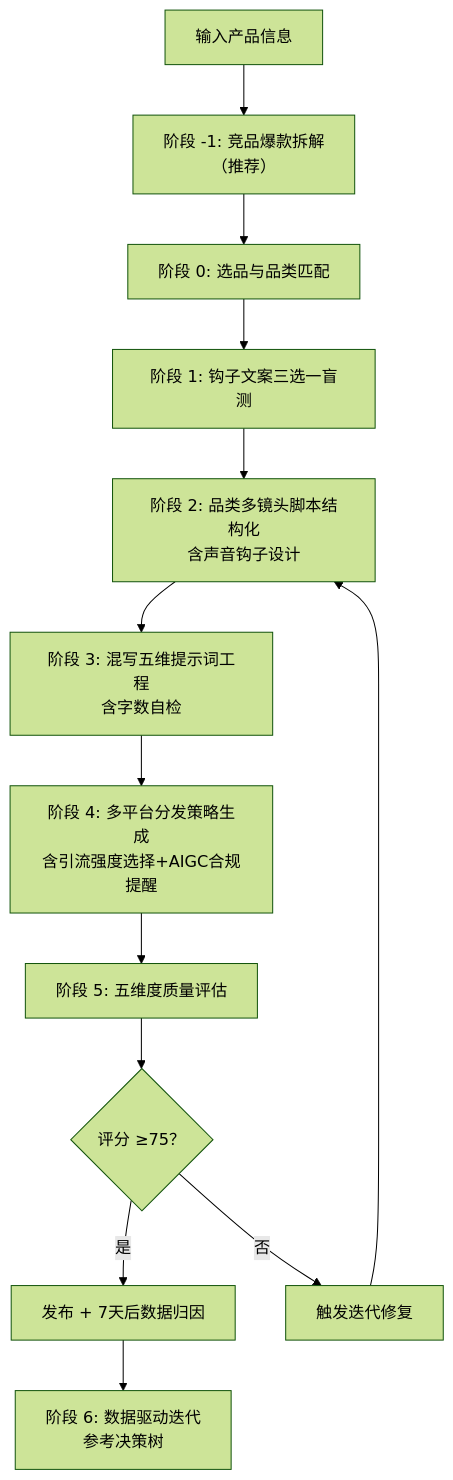
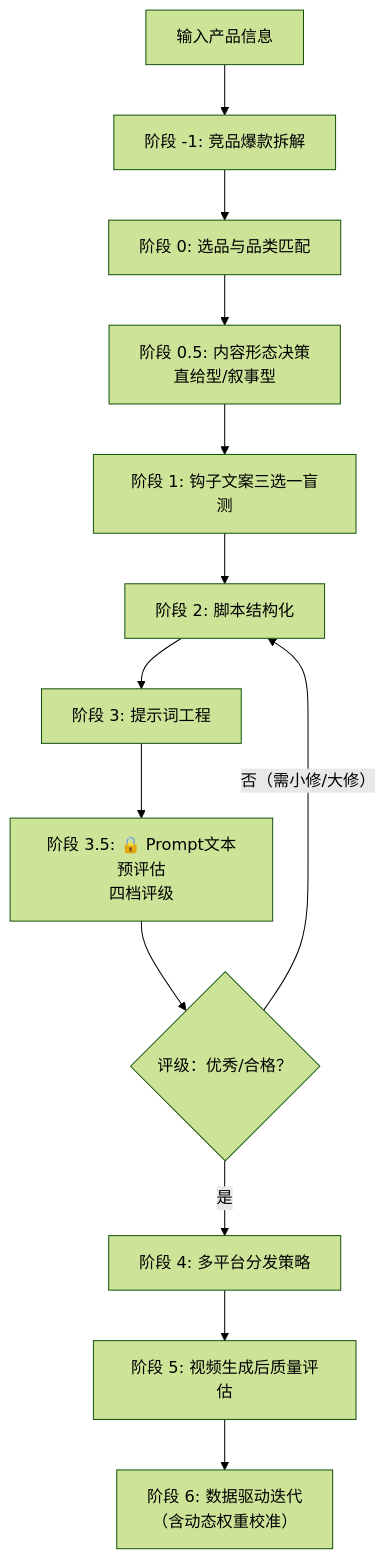
Before and after one commit to qq547820639/tiktok-ad-video-skill: the diagram in README.md, drawn with Mermaid (forest theme). The commit also changed other lines of this file, not shown here.

````diff
--- a/README.md
+++ b/README.md
@@ -149,15 +170,15 @@
 ```mermaid
 graph TD
-    A[输入产品信息] --> B[阶段 -1: 竞品爆款拆解<br/>（推荐）]
+    A[输入产品信息] --> B[阶段 -1: 竞品爆款拆解]
     B --> C[阶段 0: 选品与品类匹配]
-    C --> D[阶段 1: 钩子文案三选一盲测]
-    D --> E[阶段 2: 品类多镜头脚本结构化<br/>含声音钩子设计]
-    E --> F[阶段 3: 混写五维提示词工程<br/>含字数自检]
-    F --> G[阶段 4: 多平台分发策略生成<br/>含引流强度选择+AIGC合规提醒]
-    G --> H[阶段 5: 五维度质量评估]
-    H --> I{评分 ≥75？}
-    I -->|是| J[发布 + 7天后数据归因]
-    I -->|否| K[触发迭代修复]
-    J --> L[阶段 6: 数据驱动迭代<br/>参考决策树]
-    K --> E
+    C --> D[阶段 0.5: 内容形态决策<br/>直给型/叙事型]
+    D --> E[阶段 1: 钩子文案三选一盲测]
+    E --> F[阶段 2: 脚本结构化]
+    F --> G[阶段 3: 提示词工程]
+    G --> H[阶段 3.5: 🔒 Prompt文本预评估<br/>四档评级]
+    H --> I{评级：优秀/合格？}
+    I -->|是| J[阶段 4: 多平台分发策略]
+    I -->|否（需小修/大修）| F
+    J --> K[阶段 5: 视频生成后质量评估]
+    K --> L[阶段 6: 数据驱动迭代<br/>（含动态权重校准）]
 ```
````
